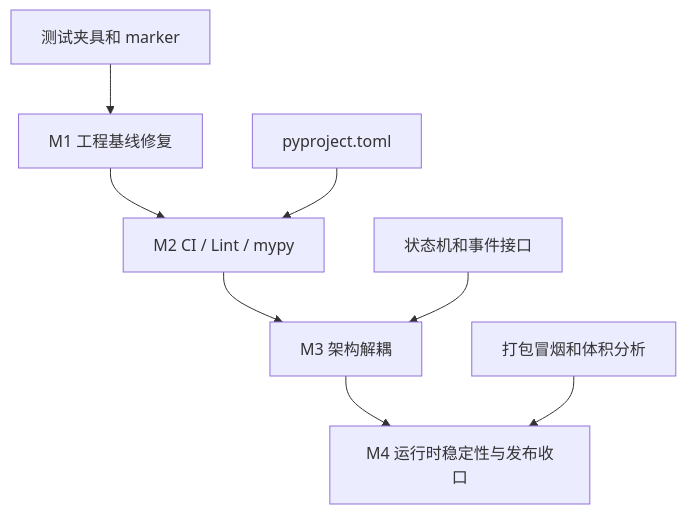
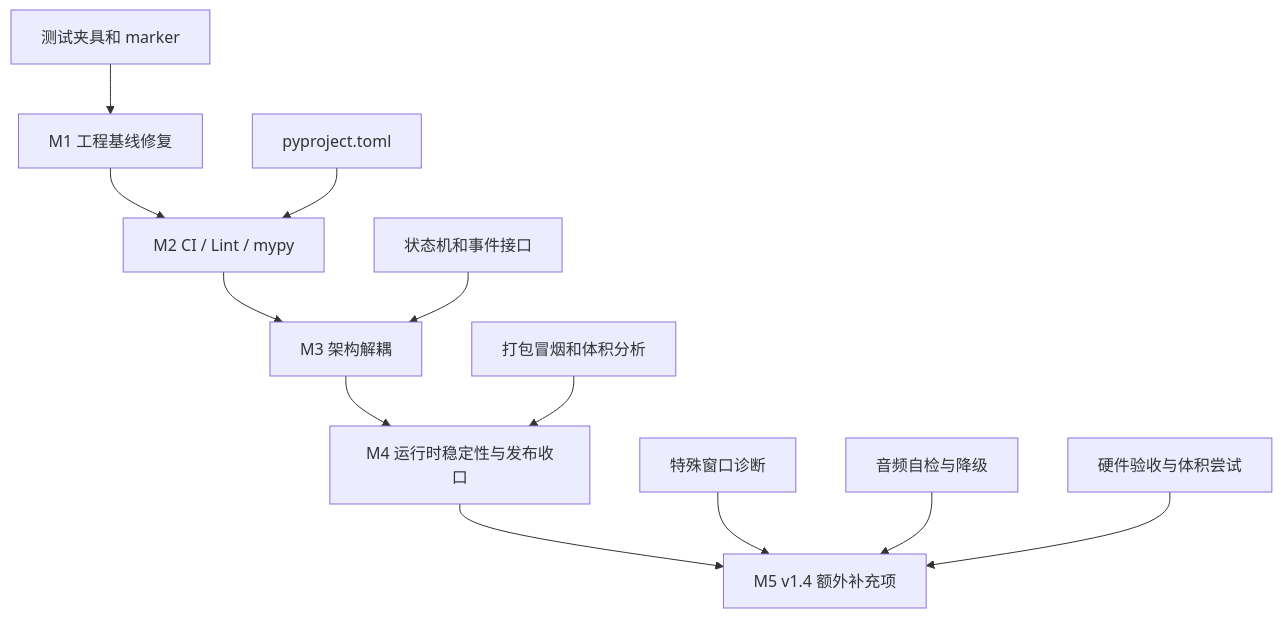
One commit to NzyZzz1998/QuickRec changed the third of 3 diagrams in doc/dev-plan-v1.4.md. Above: the diagram before and after it, drawn with Mermaid. The commit also changed other lines of this file and 36 other files, not shown here.

````diff
--- a/doc/dev-plan-v1.4.md
+++ b/doc/dev-plan-v1.4.md
@@ -616,16 +766,21 @@
 ```mermaid
 flowchart TD
     M1["M1 工程基线修复"]
     M2["M2 CI / Lint / mypy"]
     M3["M3 架构解耦"]
     M4["M4 运行时稳定性与发布收口"]
+    M5["M5 v1.4 额外补充项"]
 
     M1 --> M2
     M2 --> M3
     M3 --> M4
+    M4 --> M5
 
     M1a["测试夹具和 marker"] --> M1
     M2a["pyproject.toml"] --> M2
     M3a["状态机和事件接口"] --> M3
     M4a["打包冒烟和体积分析"] --> M4
+    M5a["特殊窗口诊断"] --> M5
+    M5b["音频自检与降级"] --> M5
+    M5c["硬件验收与体积尝试"] --> M5
 ```
````
